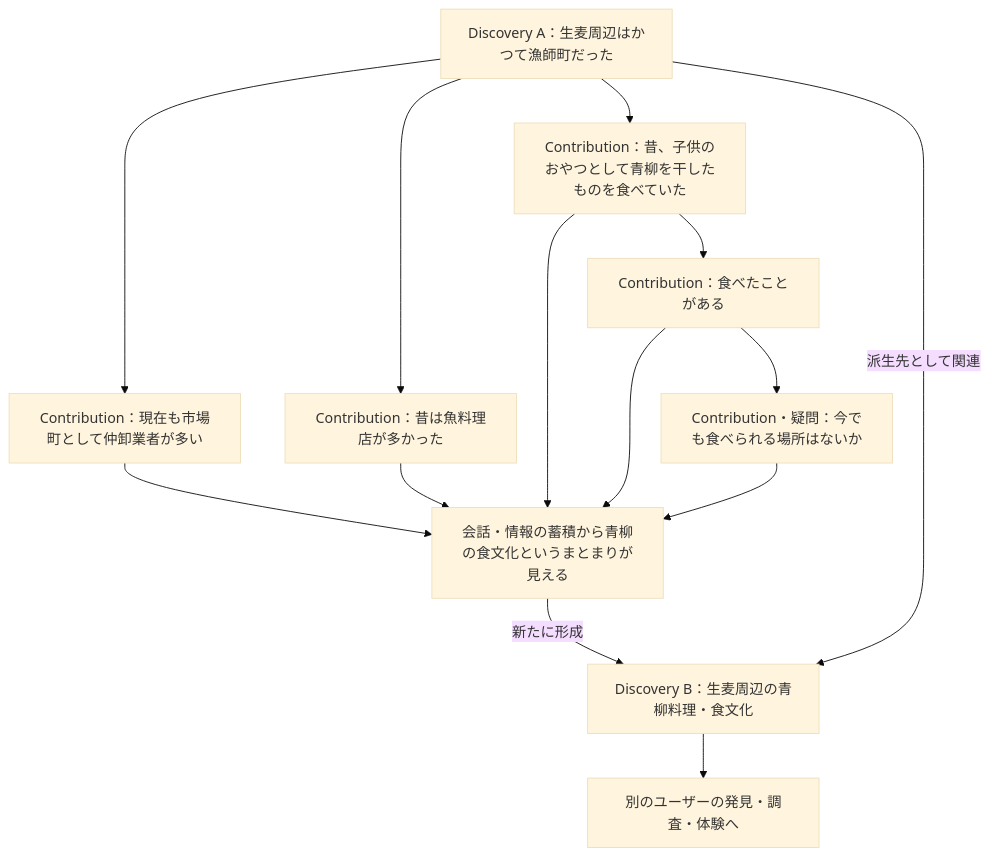
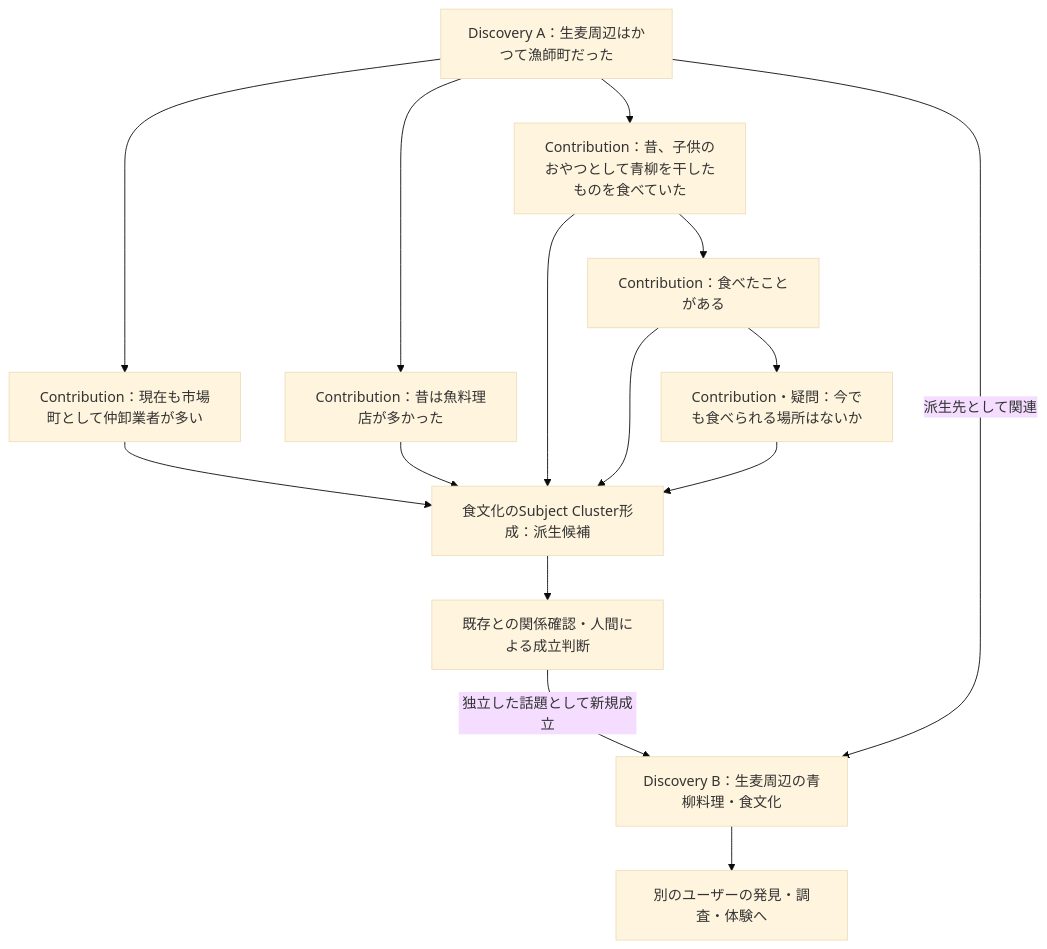
Before and after one commit to ex-day/platform: the third of 5 diagrams in docs/ex-day_domain_model.md, drawn with Mermaid (base theme). The commit also changed other lines of this file, not shown here.

````diff
--- a/docs/ex-day_domain_model.md
+++ b/docs/ex-day_domain_model.md
@@ -221,25 +324,27 @@
 ```mermaid
 flowchart TD
     A["Discovery A：生麦周辺はかつて漁師町だった"]
     C1["Contribution：現在も市場町として仲卸業者が多い"]
     C2["Contribution：昔は魚料理店が多かった"]
     C3["Contribution：昔、子供のおやつとして青柳を干したものを食べていた"]
     C4["Contribution：食べたことがある"]
     C5["Contribution・疑問：今でも食べられる場所はないか"]
-    F["会話・情報の蓄積から青柳の食文化というまとまりが見える"]
+    F["食文化のSubject Cluster形成：派生候補"]
+    J["既存との関係確認・人間による成立判断"]
     B["Discovery B：生麦周辺の青柳料理・食文化"]
     E["別のユーザーの発見・調査・体験へ"]
     A --> C1
     A --> C2
     A --> C3
     C3 --> C4
     C4 --> C5
     C1 --> F
     C2 --> F
     C3 --> F
     C4 --> F
     C5 --> F
-    F -->|新たに形成| B
+    F --> J
+    J -->|独立した話題として新規成立| B
     A -->|派生先として関連| B
     B --> E
 ```
````
